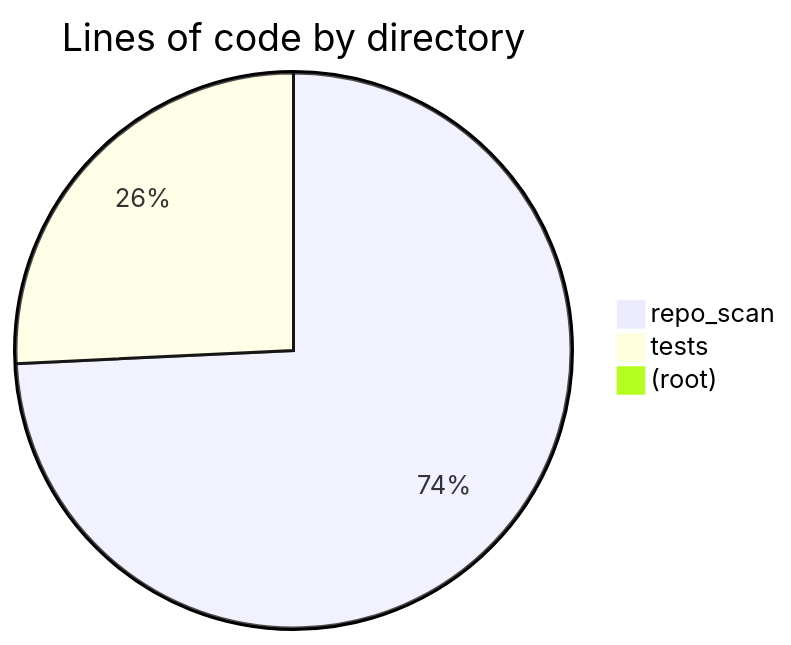
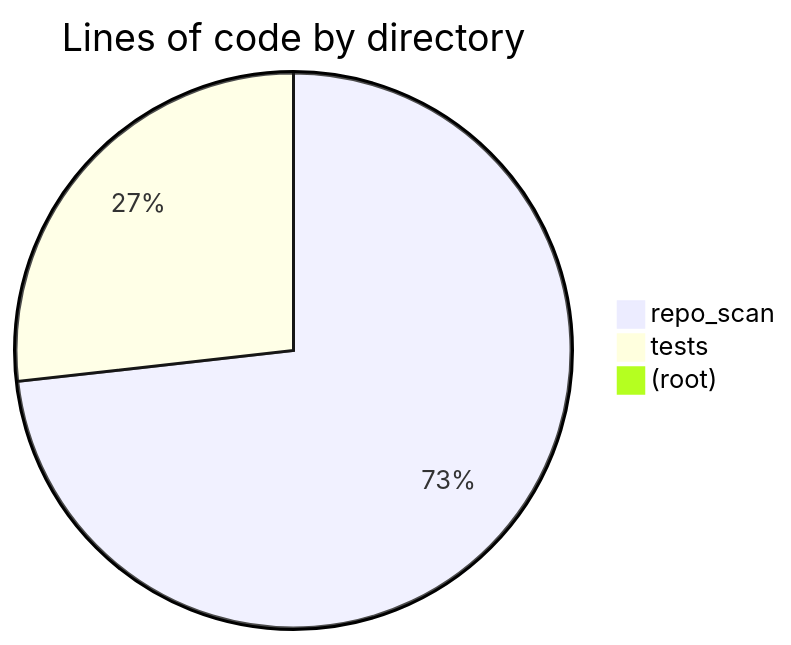
The first of 2 diagrams in docs/reports/health.md (hhleroy97/repo-scan), drawn with Mermaid before and after one commit. The commit also changed other lines of this file and 9 other files, not shown here.

````diff
--- a/docs/reports/health.md
+++ b/docs/reports/health.md
@@ -6,6 +6,6 @@
 ```mermaid
 pie title Lines of code by directory
-    "repo_scan" : 2462
-    "tests" : 854
+    "repo_scan" : 2683
+    "tests" : 981
     "(root)" : 27
 ```
````
